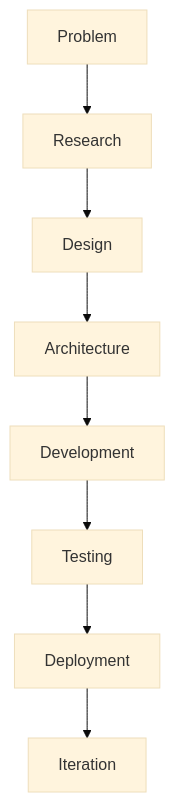
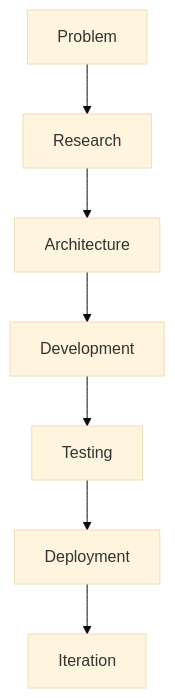
The diagram in README.md (rishipatel186/rishipatel186), drawn with Mermaid (base theme) before and after one commit. The commit also changed other lines of this file, not shown here.

````diff
--- a/README.md
+++ b/README.md
@@ -95,10 +136,9 @@
 ```mermaid
 flowchart TD
-    A[Problem] --> B[Research]
-    B --> C[Design]
-    C --> D[Architecture]
-    D --> E[Development]
-    E --> F[Testing]
-    F --> G[Deployment]
-    G --> H[Iteration]
+    Problem --> Research
+    Research --> Architecture
+    Architecture --> Development
+    Development --> Testing
+    Testing --> Deployment
+    Deployment --> Iteration
 ```
````
